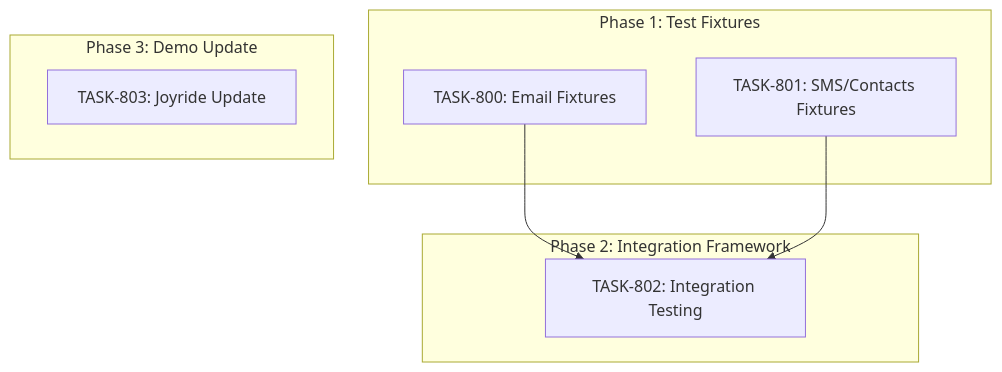
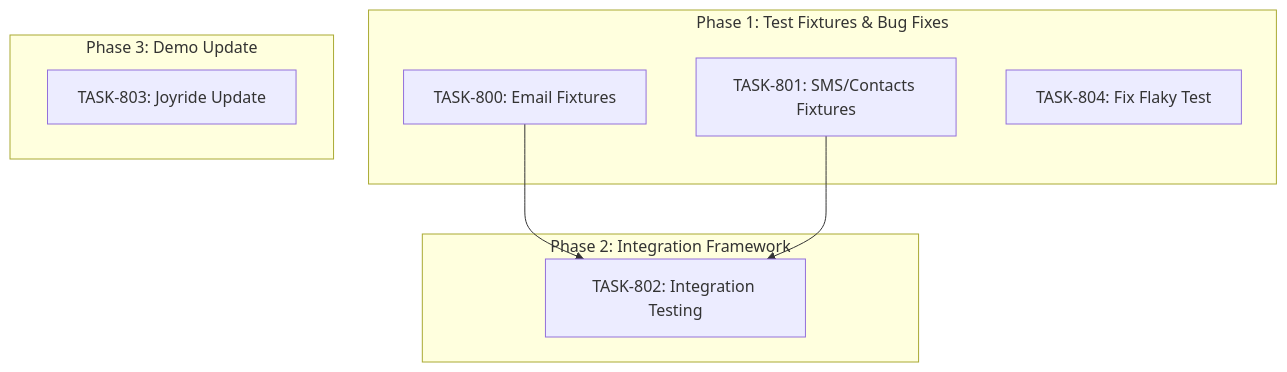
One commit to 5hdaniel/Mad changed the diagram in .claude/plans/sprints/SPRINT-011-testing-infrastructure-demo.md. Above: the diagram before and after it, drawn with Mermaid. The commit also changed other lines of this file and 2 other files, not shown here.

First line of the commit message:
docs: add TASK-804 to SPRINT-011 and update backlog INDEX

````diff
--- a/.claude/plans/sprints/SPRINT-011-testing-infrastructure-demo.md
+++ b/.claude/plans/sprints/SPRINT-011-testing-infrastructure-demo.md
@@ -50,18 +52,19 @@
 ```mermaid
 graph TD
-    subgraph Phase1[Phase 1: Test Fixtures]
+    subgraph Phase1[Phase 1: Test Fixtures & Bug Fixes]
         T800[TASK-800: Email Fixtures]
         T801[TASK-801: SMS/Contacts Fixtures]
+        T804[TASK-804: Fix Flaky Test]
     end
 
     subgraph Phase2[Phase 2: Integration Framework]
         T802[TASK-802: Integration Testing]
     end
 
     subgraph Phase3[Phase 3: Demo Update]
         T803[TASK-803: Joyride Update]
     end
 
     T800 --> T802
     T801 --> T802
 ```
````
